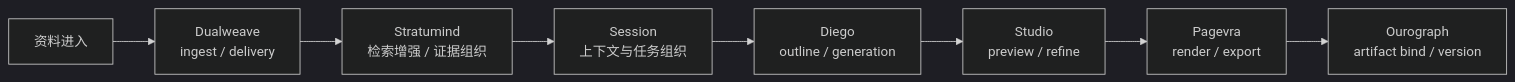
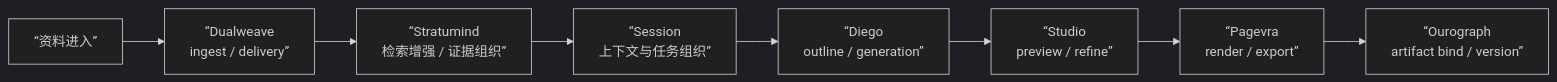
One commit to ln-one/Spectra changed the third of 7 diagrams in docs/competition/04-architecture.md. Above: the diagram before and after it, drawn with Mermaid (dark theme). The commit also changed other lines of this file and 9 other files, not shown here.

````diff
--- a/docs/competition/04-architecture.md
+++ b/docs/competition/04-architecture.md
@@ -179,10 +179,10 @@
 ```mermaid
 flowchart LR
-    A["资料进入"] --> B["Dualweave<br/>ingest / delivery"]
-    B --> C["Stratumind<br/>检索增强 / 证据组织"]
-    C --> D["Session<br/>上下文与任务组织"]
-    D --> E["Diego<br/>outline / generation"]
-    E --> F["Studio<br/>preview / refine"]
-    F --> G["Pagevra<br/>render / export"]
-    G --> H["Ourograph<br/>artifact bind / version"]
+    A[“资料进入”] --> B[“Dualweave<br/>ingest / delivery”]
+    B --> C[“Stratumind<br/>检索增强 / 证据组织”]
+    C --> D[“Session<br/>上下文与任务组织”]
+    D --> E[“Diego<br/>outline / generation”]
+    E --> F[“Studio<br/>preview / refine”]
+    F --> G[“Pagevra<br/>render / export”]
+    G --> H[“Ourograph<br/>artifact bind / version”]
 ```
````
